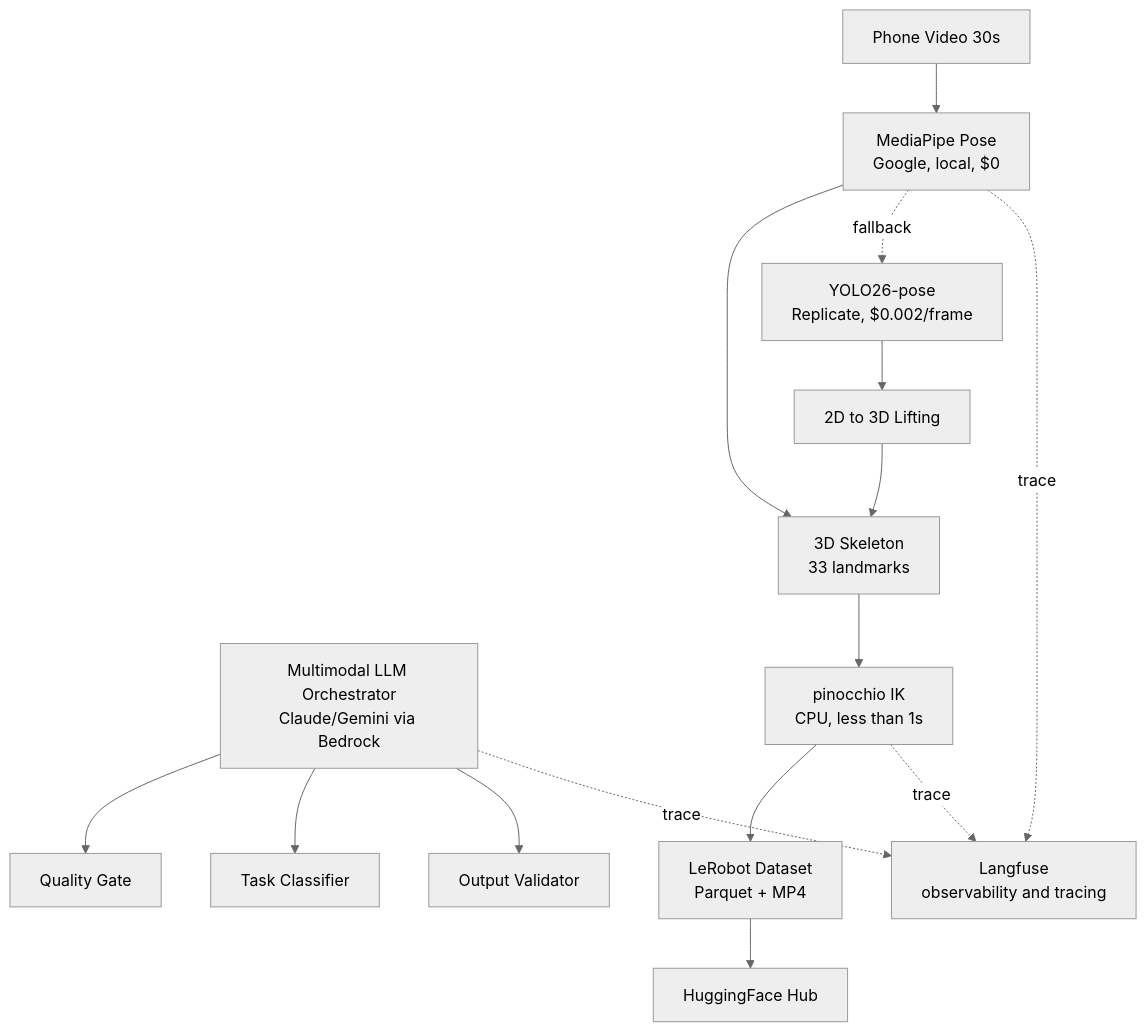
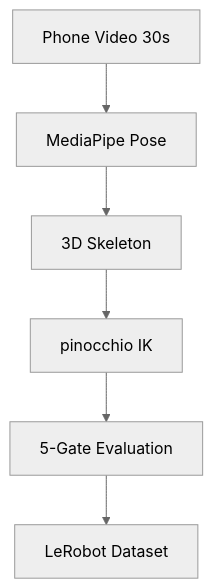
The second of 2 diagrams in README.md (InNoobWeTrust/aabw-2026), drawn with Mermaid (neutral theme) before and after one commit. The commit also changed other lines of this file and 57 other files, not shown here.

````diff
--- a/README.md
+++ b/README.md
@@ -35,22 +103,8 @@
 ```mermaid
 graph TD
-    O[Multimodal LLM Orchestrator<br/>Claude/Gemini via Bedrock]
-    O --> QG[Quality Gate]
-    O --> TC[Task Classifier]
-    O --> OV[Output Validator]
-
-    PV[Phone Video 30s] --> MP[MediaPipe Pose<br/>Google, local, $0]
-    MP --> SK[3D Skeleton<br/>33 landmarks]
-    SK --> IK[pinocchio IK<br/>CPU, less than 1s]
-    IK --> LR[LeRobot Dataset<br/>Parquet + MP4]
-
-    MP -.->|fallback| YO[YOLO26-pose<br/>Replicate, $0.002/frame]
-    YO --> LIFT[2D to 3D Lifting]
-    LIFT --> SK
-
-    LR --> HF[HuggingFace Hub]
-
-    O -.->|trace| LF[Langfuse<br/>observability and tracing]
-    MP -.->|trace| LF
-    IK -.->|trace| LF
+    PV[Phone Video 30s] --> MP[MediaPipe Pose]
+    MP --> SK[3D Skeleton]
+    SK --> IK[pinocchio IK]
+    IK --> EV[5-Gate Evaluation]
+    EV --> LR[LeRobot Dataset]
 ```
````
